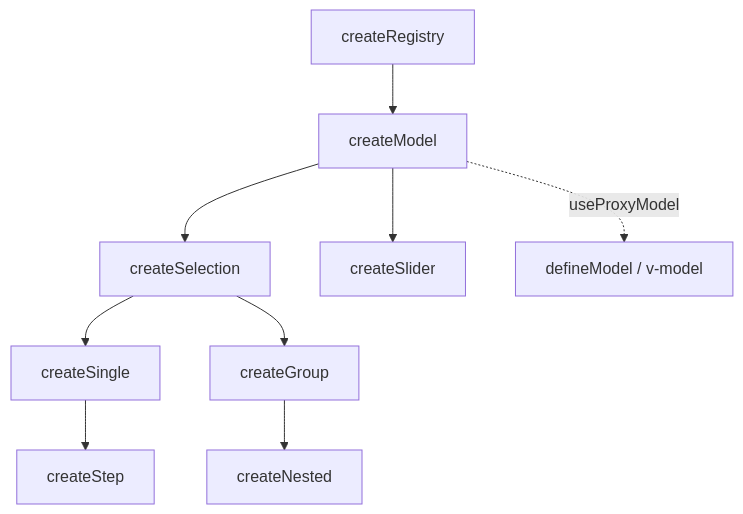
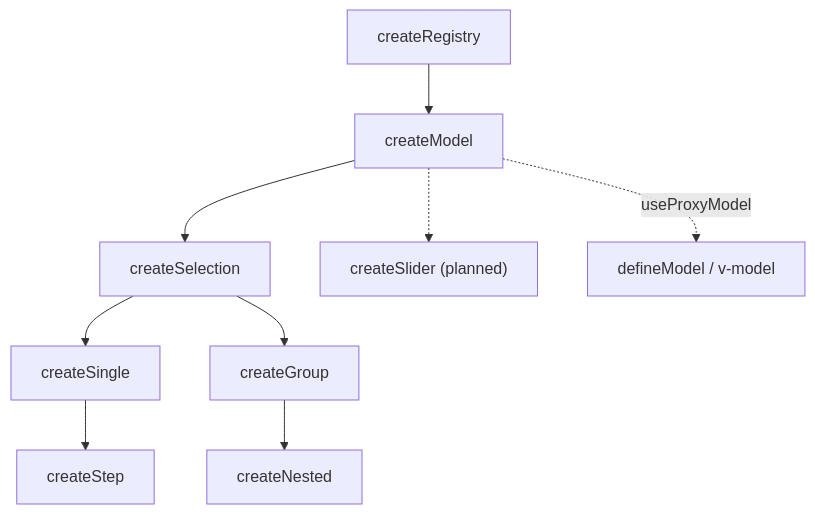
One commit to vuetifyjs/0 changed the first of 3 diagrams in apps/docs/src/pages/composables/selection/create-model.md. Above: the diagram before and after it, drawn with Mermaid. The commit also changed other lines of this file and 1 other file, not shown here.

First line of the commit message:
docs(createModel): fix usage example and diagram, clarify apply JSDoc

````diff
--- a/apps/docs/src/pages/composables/selection/create-model.md
+++ b/apps/docs/src/pages/composables/selection/create-model.md
@@ -48,11 +49,11 @@
 ```mermaid "Model Hierarchy"
 flowchart TD
   createRegistry --> createModel:::primary
   createModel --> createSelection
-  createModel --> createSlider
+  createModel -.-> createSlider["createSlider (planned)"]
   createSelection --> createSingle
   createSelection --> createGroup
   createSingle --> createStep
   createGroup --> createNested
   createModel -. "useProxyModel" .-> defineModel["defineModel / v-model"]
 ```
````
